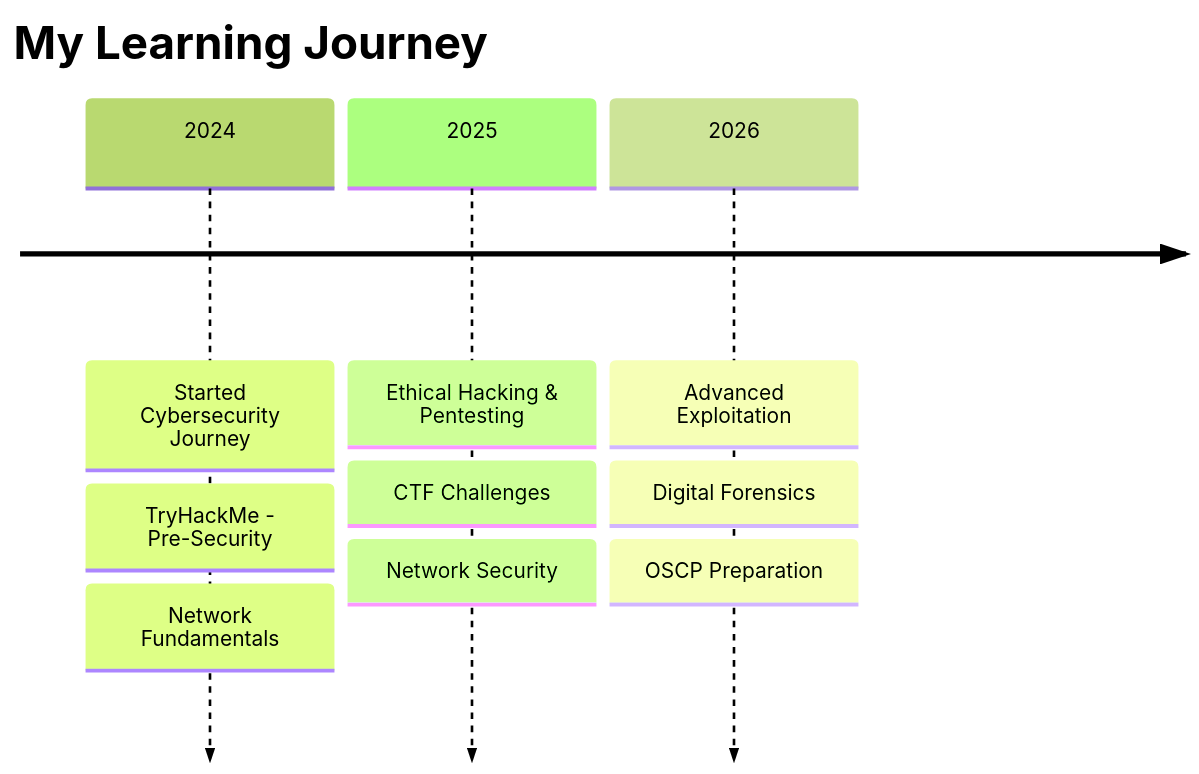
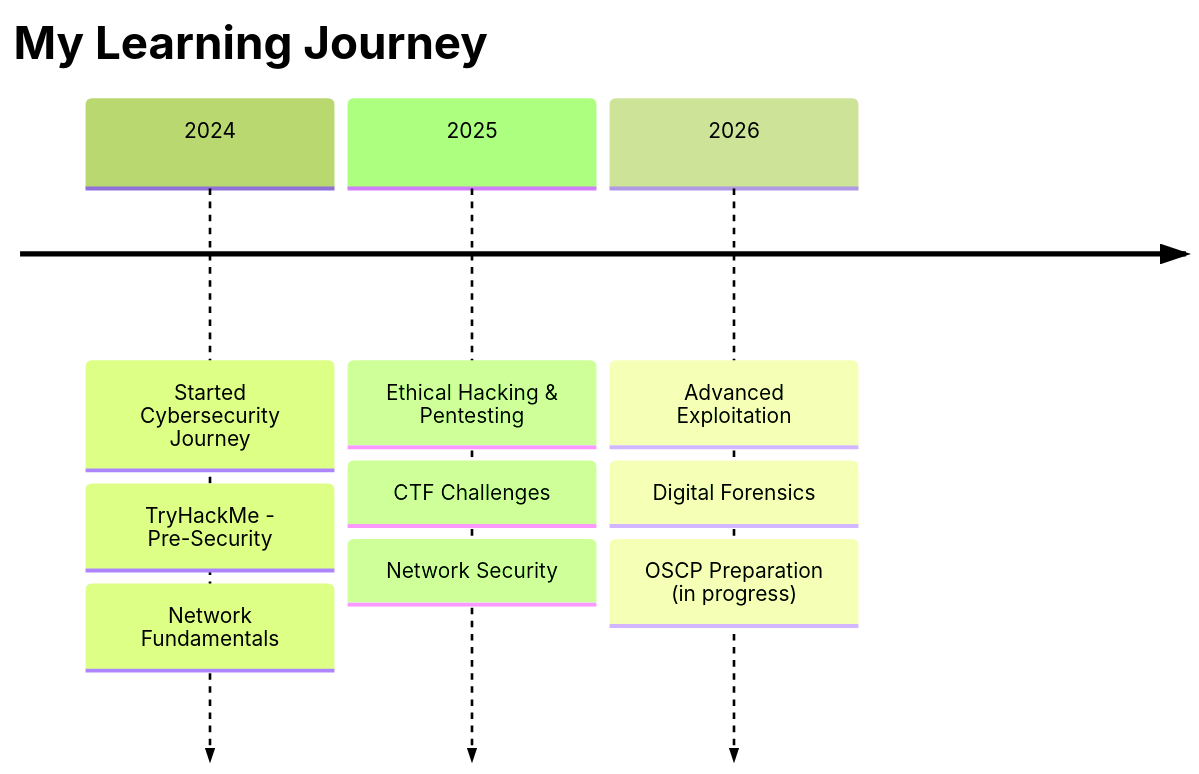
Before and after one commit to A7mad-PSE/A7mad-PSE: the diagram in README.md, drawn with Mermaid (forest theme). The commit also changed other lines of this file, not shown here.

````diff
--- a/README.md
+++ b/README.md
@@ -49,13 +50,13 @@
 ```mermaid
 timeline
     title My Learning Journey
     2024 : Started Cybersecurity Journey
          : TryHackMe - Pre-Security
          : Network Fundamentals
     2025 : Ethical Hacking & Pentesting
          : CTF Challenges
          : Network Security
     2026 : Advanced Exploitation
          : Digital Forensics
-         : OSCP Preparation
+         : OSCP Preparation (in progress)
 ```
````
